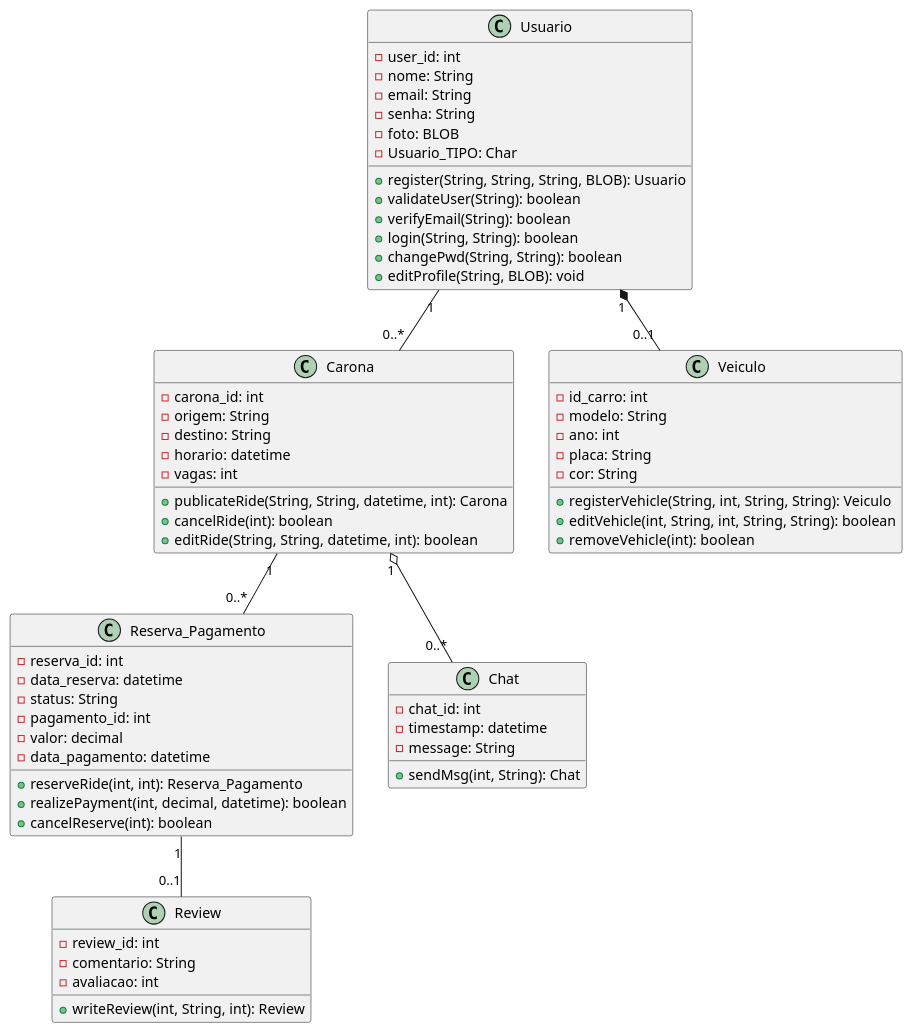
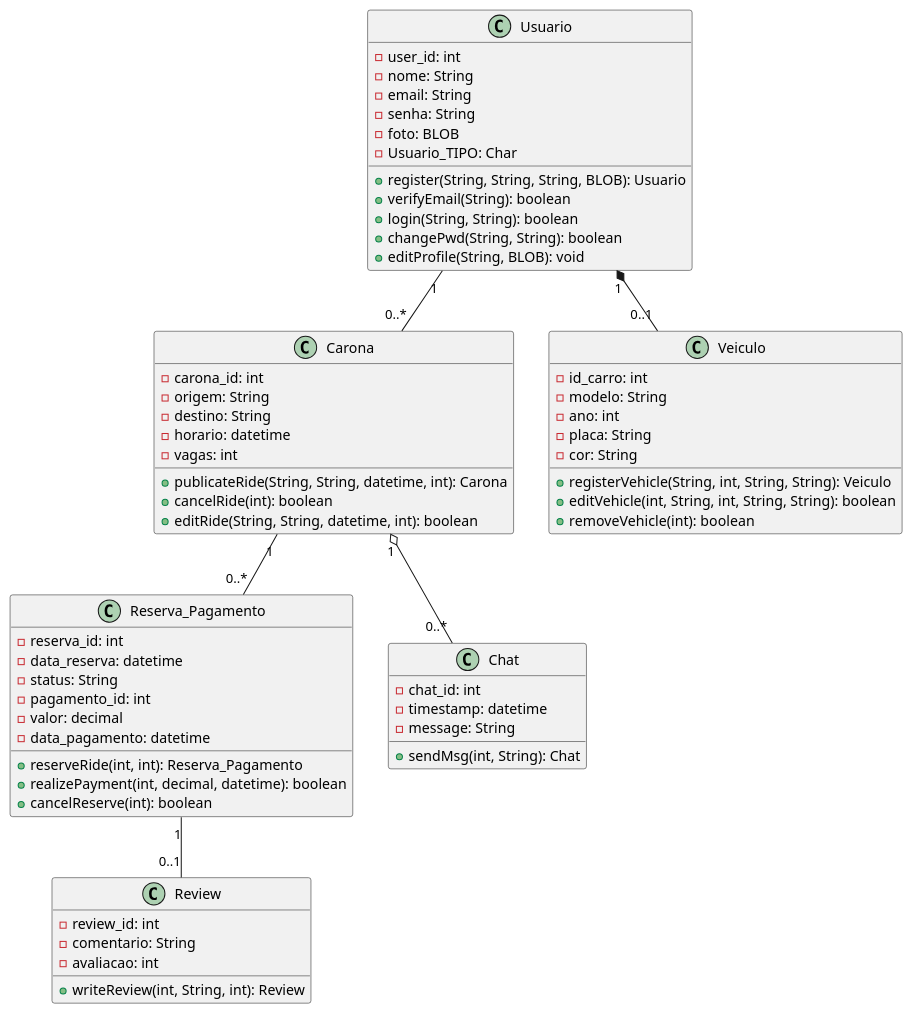
The diagram in docs/class_diagram/class.puml (Pesagniya/FATEC-Ride), drawn with PlantUML before and after one commit.

```diff
--- a/docs/class_diagram/class.puml
+++ b/docs/class_diagram/class.puml
@@ -1,77 +1,76 @@
 @startuml
 class Usuario {
   -user_id: int
   -nome: String
   -email: String
   -senha: String
   -foto: BLOB
   -Usuario_TIPO: Char
 
   +register(String, String, String, BLOB): Usuario
-  +validateUser(String): boolean
   +verifyEmail(String): boolean
   +login(String, String): boolean
   +changePwd(String, String): boolean
   +editProfile(String, BLOB): void
 }
 
 class Carona {
   -carona_id: int
   -origem: String
   -destino: String
   -horario: datetime
   -vagas: int
 
   +publicateRide(String, String, datetime, int): Carona
   +cancelRide(int): boolean
   +editRide(String, String, datetime, int): boolean
 }
 
 class Reserva_Pagamento {
   -reserva_id: int
   -data_reserva: datetime
   -status: String
   -pagamento_id: int
   -valor: decimal
   -data_pagamento: datetime
 
   +reserveRide(int, int): Reserva_Pagamento
   +realizePayment(int, decimal, datetime): boolean
   +cancelReserve(int): boolean
 }
 
 class Review {
   -review_id: int
   -comentario: String
   -avaliacao: int
 
   +writeReview(int, String, int): Review
 }
 
 class Chat {
   -chat_id: int
   -timestamp: datetime
   -message: String
 
   +sendMsg(int, String): Chat
 }
 
 class Veiculo {
   -id_carro: int
   -modelo: String
   -ano: int
   -placa: String
   -cor: String
 
   +registerVehicle(String, int, String, String): Veiculo
   +editVehicle(int, String, int, String, String): boolean
   +removeVehicle(int): boolean
 }
 
 Usuario "1" *-- "0..1" Veiculo
 Usuario "1" -- "0..*" Carona      
 Carona "1" -- "0..*" Reserva_Pagamento 
 Reserva_Pagamento "1" -- "0..1" Review
 Carona "1" o-- "0..*" Chat         
 
 @enduml
```
